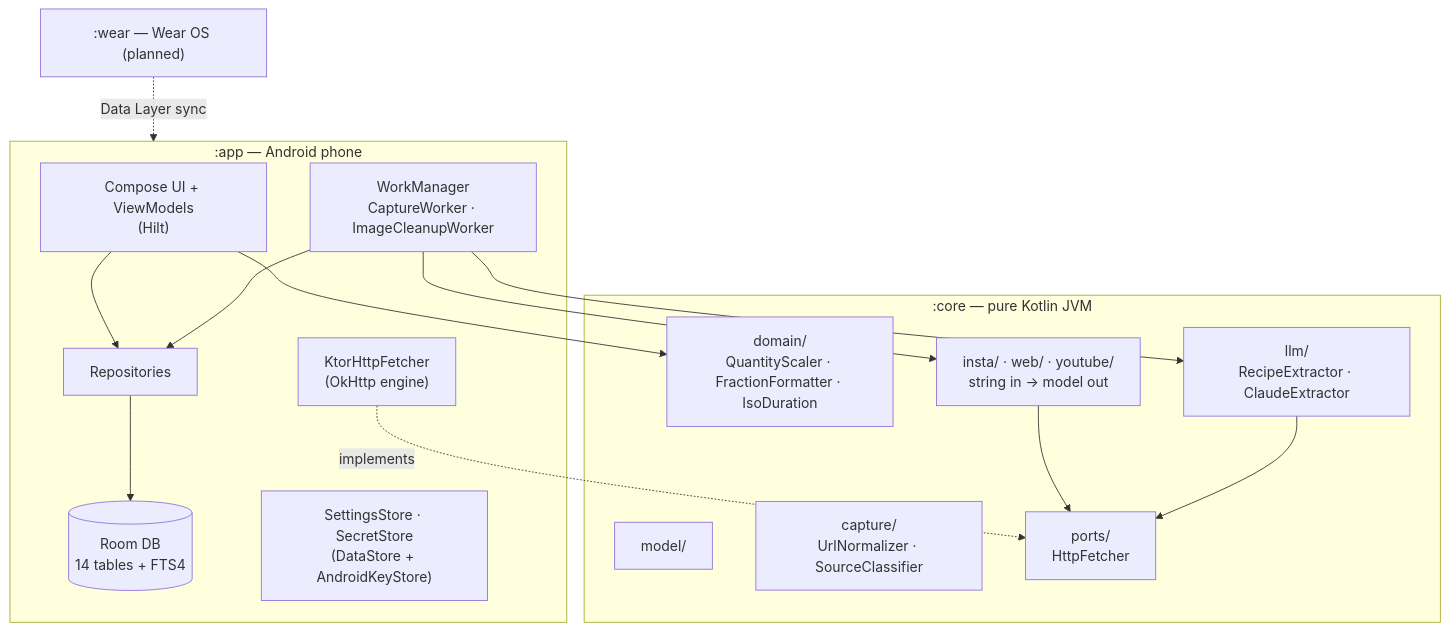
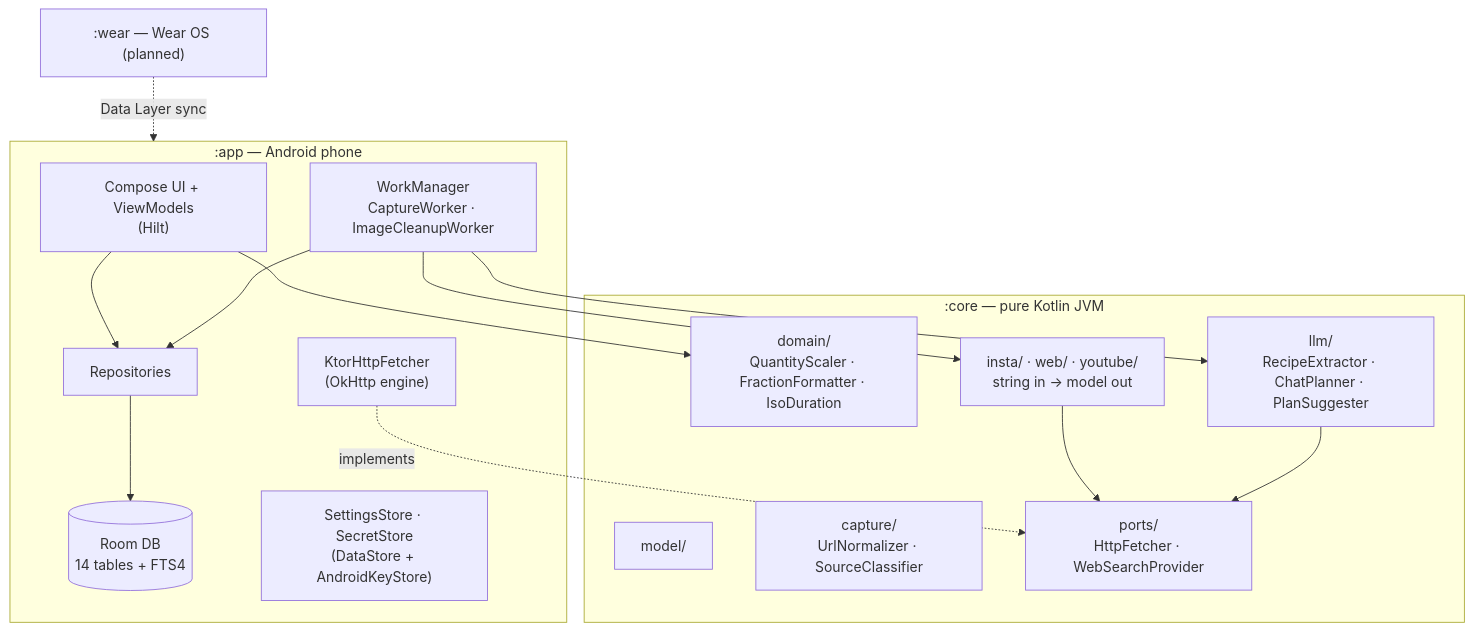
One commit to inthevortex/recipe-catcher changed the second of 5 diagrams in README.md. Above: the diagram before and after it, drawn with Mermaid. The commit also changed other lines of this file, not shown here.

Commit message:
docs: update README for AI chat, web recipe search, and meal plan suggestions

````diff
--- a/README.md
+++ b/README.md
@@ -171,32 +187,32 @@
 ```mermaid
-flowchart TB
+flowchart TD
   subgraph APP[":app — Android phone"]
     UI["Compose UI + ViewModels<br/>(Hilt)"]
     REPO["Repositories"]
     DB[("Room DB<br/>14 tables + FTS4")]
     WORK["WorkManager<br/>CaptureWorker · ImageCleanupWorker"]
     SEC["SettingsStore · SecretStore<br/>(DataStore + AndroidKeyStore)"]
     NET["KtorHttpFetcher<br/>(OkHttp engine)"]
   end
 
   subgraph CORE[":core — pure Kotlin JVM"]
     MODEL["model/"]
     DOMAIN["domain/<br/>QuantityScaler · FractionFormatter · IsoDuration"]
     CAPTURE["capture/<br/>UrlNormalizer · SourceClassifier"]
     PARSERS["insta/ · web/ · youtube/<br/>string in → model out"]
-    LLM["llm/<br/>RecipeExtractor · ClaudeExtractor"]
-    PORTS["ports/<br/>HttpFetcher"]
+    LLM["llm/<br/>RecipeExtractor · ChatPlanner · PlanSuggester"]
+    PORTS["ports/<br/>HttpFetcher · WebSearchProvider"]
   end
 
   WEAR[":wear — Wear OS (planned)"]
 
   UI --> REPO --> DB
   WORK --> PARSERS
   WORK --> LLM
   WORK --> REPO
   UI --> DOMAIN
   PARSERS --> PORTS
   LLM --> PORTS
   NET -. implements .-> PORTS
   WEAR -. Data Layer sync .-> APP
 ```
````
